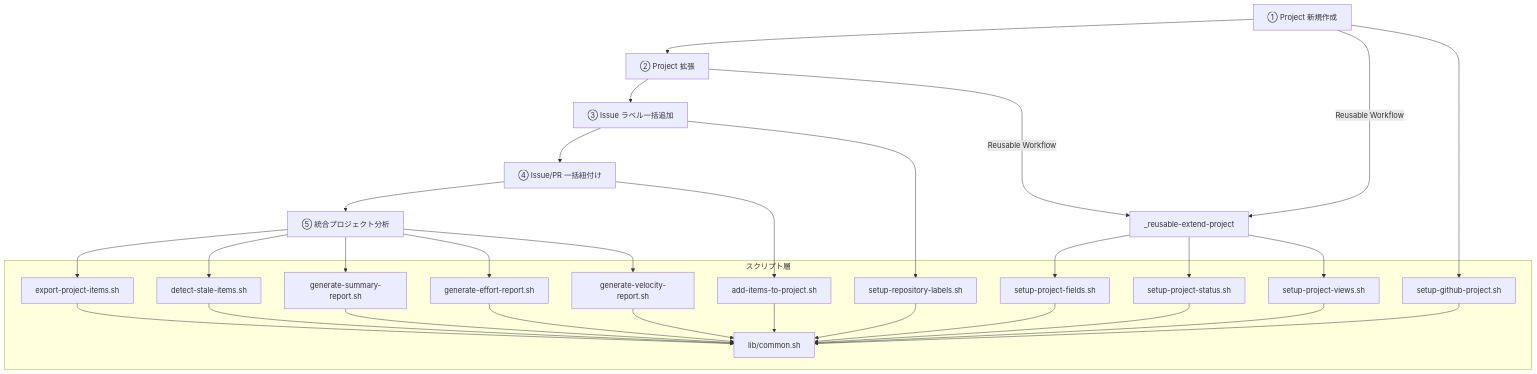
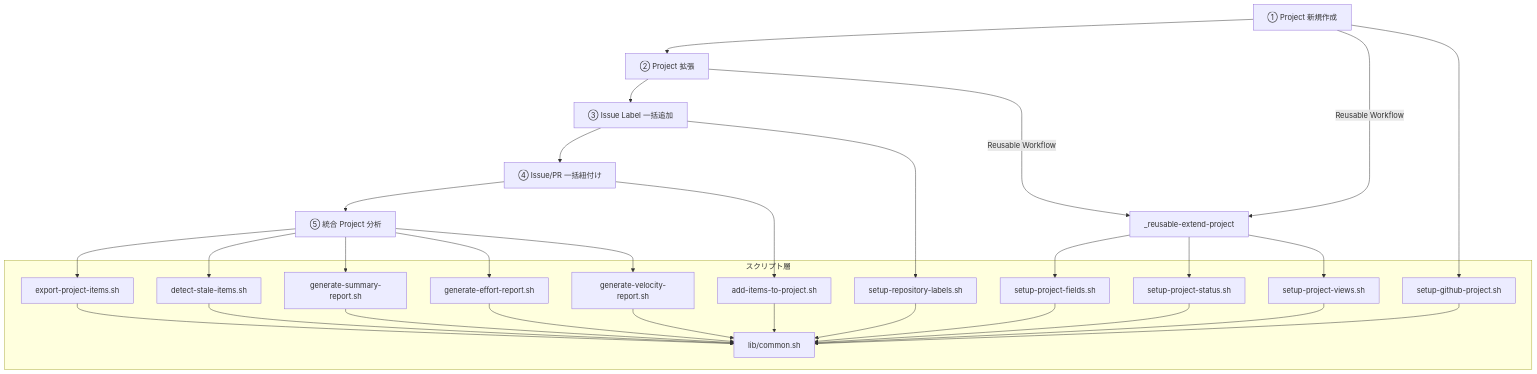
Before and after one commit to lurest-inc/github-projects-ops-kit: the diagram in docs/developers.md, drawn with Mermaid. The commit also changed other lines of this file and 23 other files, not shown here.

````diff
--- a/docs/developers.md
+++ b/docs/developers.md
@@ -22,38 +22,38 @@
 ```mermaid
 flowchart TD
     A["① Project 新規作成"] --> B["② Project 拡張"]
-    B --> C["③ Issue ラベル一括追加"]
+    B --> C["③ Issue Label 一括追加"]
     C --> D["④ Issue/PR 一括紐付け"]
-    D --> F["⑤ 統合プロジェクト分析"]
+    D --> F["⑤ 統合 Project 分析"]
 
     A -- "Reusable Workflow" --> R["_reusable-extend-project"]
     B -- "Reusable Workflow" --> R
 
     subgraph scripts ["スクリプト層"]
         S1["setup-github-project.sh"]
         S2["setup-project-fields.sh"]
         S3["setup-project-status.sh"]
         S4["setup-project-views.sh"]
         S5["add-items-to-project.sh"]
         S6["export-project-items.sh"]
         S7["setup-repository-labels.sh"]
         S8["detect-stale-items.sh"]
         S9["generate-summary-report.sh"]
         S10["generate-effort-report.sh"]
         S11["generate-velocity-report.sh"]
         SL["lib/common.sh"]
     end
 
     A --> S1
     R --> S2
     R --> S3
     R --> S4
     C --> S7
     D --> S5
     F --> S6
     F --> S8
     F --> S9
     F --> S10
     F --> S11
     S1 & S2 & S3 & S4 & S5 & S6 & S7 & S8 & S9 & S10 & S11 --> SL
 ```
````
